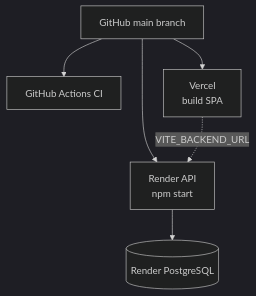
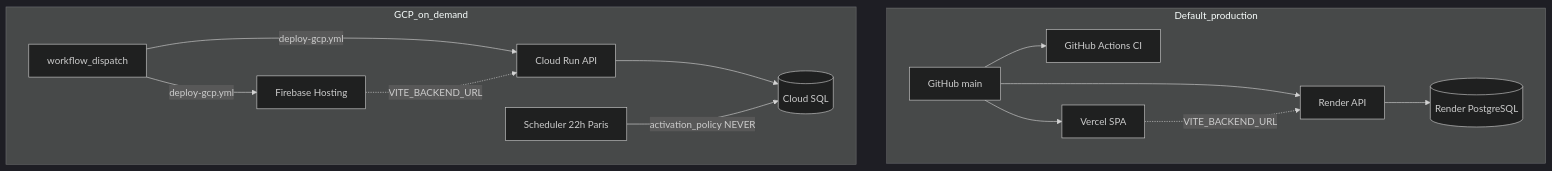
One commit to ericvanm/Travel-manager changed the diagram in documents/06-deployment.md. Above: the diagram before and after it, drawn with Mermaid (dark theme). The commit also changed other lines of this file and 17 other files, not shown here.

````diff
--- a/documents/06-deployment.md
+++ b/documents/06-deployment.md
@@ -10,14 +13,28 @@
 ```mermaid
 flowchart TB
-  GH[GitHub main branch]
-  CI[GitHub Actions CI]
-  VER[Vercel\nbuild SPA]
-  REN[Render API\nnpm start]
-  PG[(Render PostgreSQL)]
+  subgraph defaultProd [Default_production]
+    GH1[GitHub main]
+    CI[GitHub Actions CI]
+    VER[Vercel SPA]
+    REN[Render API]
+    RPG[(Render PostgreSQL)]
+    GH1 --> CI
+    GH1 --> VER
+    GH1 --> REN
+    REN --> RPG
+    VER -.->|VITE_BACKEND_URL| REN
+  end
 
-  GH --> CI
-  GH --> VER
-  GH --> REN
-  REN --> PG
-  VER -.->|VITE_BACKEND_URL| REN
+  subgraph gcpOnDemand [GCP_on_demand]
+    GH2[workflow_dispatch]
+    FH[Firebase Hosting]
+    CR[Cloud Run API]
+    SQL[(Cloud SQL)]
+    Sched[Scheduler 22h Paris]
+    GH2 -->|deploy-gcp.yml| FH
+    GH2 -->|deploy-gcp.yml| CR
+    CR --> SQL
+    Sched -->|activation_policy NEVER| SQL
+    FH -.->|VITE_BACKEND_URL| CR
+  end
 ```
````
